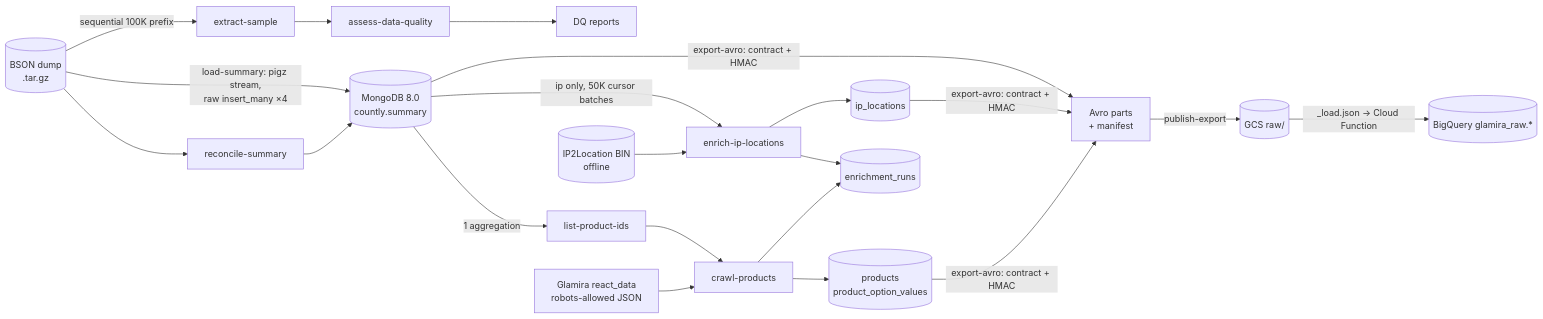
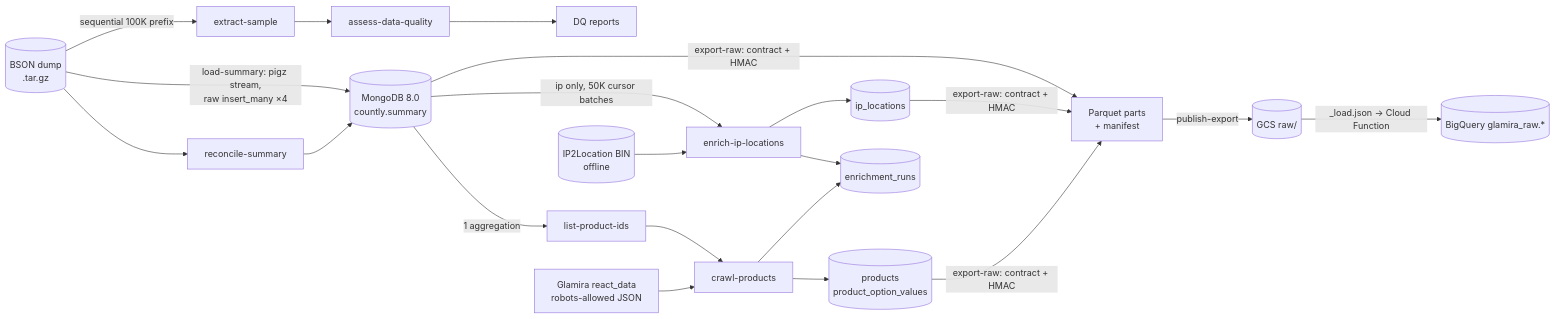
One commit to ducklemon596/ecommerce-clickstream-pipeline-gcp changed the diagram in README.md. Above: the diagram before and after it, drawn with Mermaid. The commit also changed other lines of this file and 12 other files, not shown here.

First line of the commit message:
docs: describe the Parquet raw layer

````diff
--- a/README.md
+++ b/README.md
@@ -33,17 +33,17 @@
 ```mermaid
 flowchart LR
     A[(BSON dump<br/>.tar.gz)] -->|load-summary: pigz stream,<br/>raw insert_many ×4| M[(MongoDB 8.0<br/>countly.summary)]
     A --> V[reconcile-summary] --> M
     A -->|sequential 100K prefix| S[extract-sample] --> Q[assess-data-quality] --> R1[DQ reports]
     M -->|ip only, 50K cursor batches| I[enrich-ip-locations]
     B[(IP2Location BIN<br/>offline)] --> I
     I --> IL[(ip_locations)]
     M -->|1 aggregation| L[list-product-ids] --> C[crawl-products]
     W[Glamira react_data<br/>robots-allowed JSON] --> C
     C --> P[(products<br/>product_option_values)]
     I --> RUN[(enrichment_runs)]
     C --> RUN
-    M & IL & P -->|export-avro: contract + HMAC| X[Avro parts<br/>+ manifest]
+    M & IL & P -->|export-raw: contract + HMAC| X[Parquet parts<br/>+ manifest]
     X -->|publish-export| GCS[(GCS raw/)]
     GCS -->|_load.json → Cloud Function| BQ[(BigQuery glamira_raw.*)]
 ```
````
